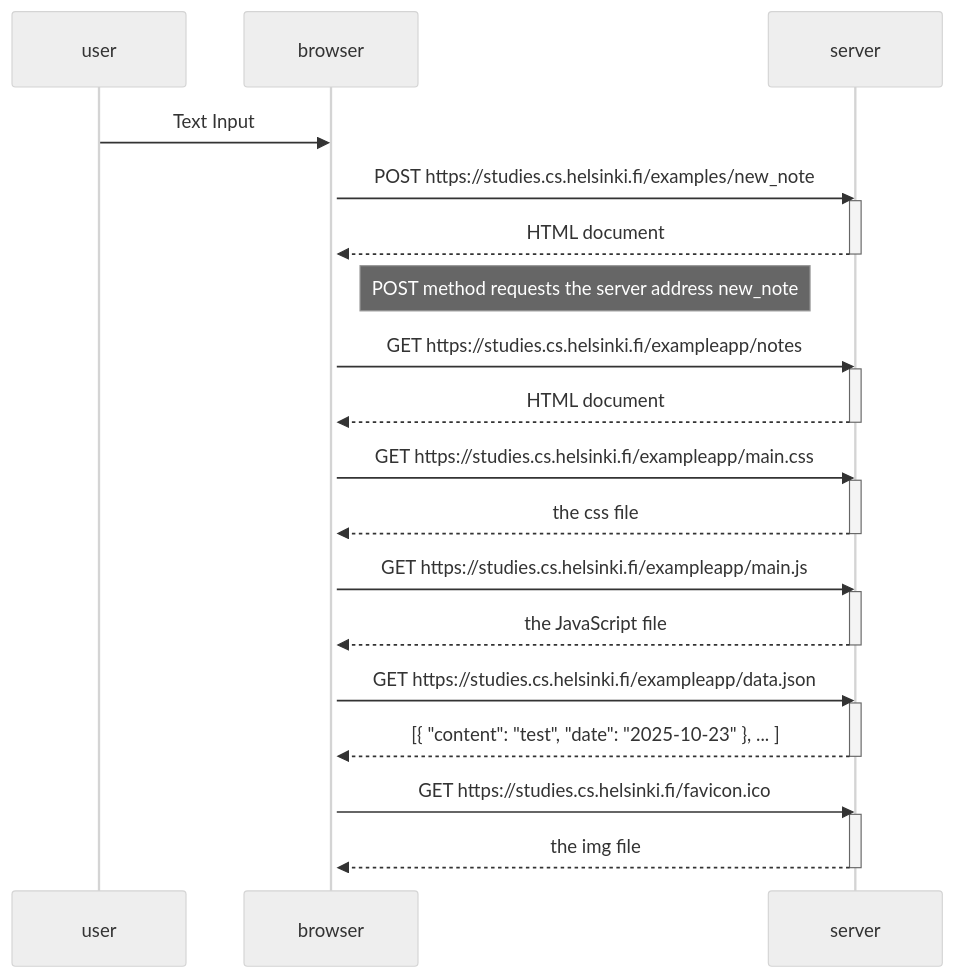
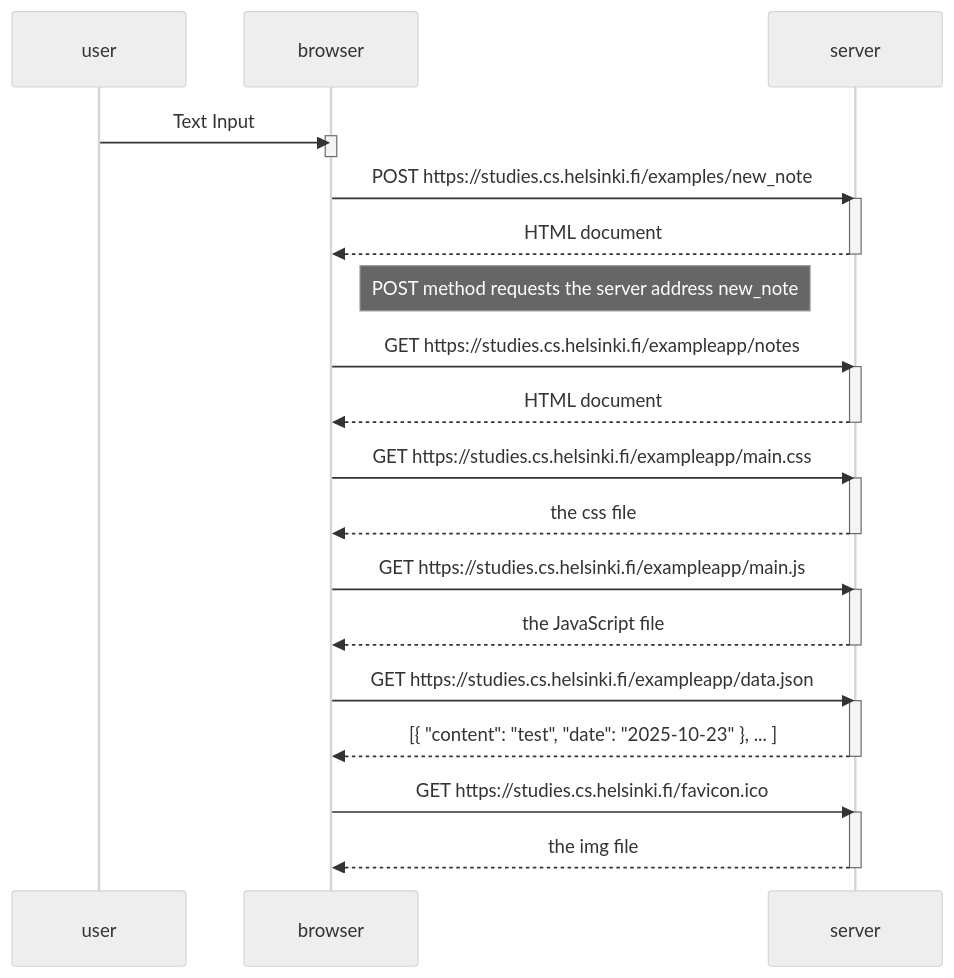
The diagram in part_00/New_note_diagram/new_note_diagram.md (ngbroodev/fullstackopen_course), drawn with Mermaid (neutral theme) before and after one commit.

Commit message:
diagram_update

````diff
--- a/part_00/New_note_diagram/new_note_diagram.md
+++ b/part_00/New_note_diagram/new_note_diagram.md
@@ -1,42 +1,43 @@
 ```mermaid
 sequenceDiagram
     participant user
     participant browser
     participant server
 
     user->>browser: Text Input
     activate browser
+    deactivate browser
     
     browser->>server: POST https://studies.cs.helsinki.fi/examples/new_note
     activate server
     server-->>browser: HTML document
     deactivate server
 
     Note right of browser: POST method requests the server address new_note
     
     browser->>server: GET https://studies.cs.helsinki.fi/exampleapp/notes
     activate server
     server-->>browser: HTML document 
     deactivate server
 
     browser->>server: GET https://studies.cs.helsinki.fi/exampleapp/main.css
     activate server
     server-->>browser: the css file 
     deactivate server
 
     browser->>server: GET https://studies.cs.helsinki.fi/exampleapp/main.js
     activate server
     server-->>browser: the JavaScript file 
     deactivate server
 
     browser->>server: GET https://studies.cs.helsinki.fi/exampleapp/data.json
     activate server
     server-->>browser: [{ "content": "test", "date": "2025-10-23" }, ... ] 
     deactivate server
 
     browser->>server: GET https://studies.cs.helsinki.fi/favicon.ico
     activate server
     server-->>browser: the img file
     deactivate server
 
 ```
````
